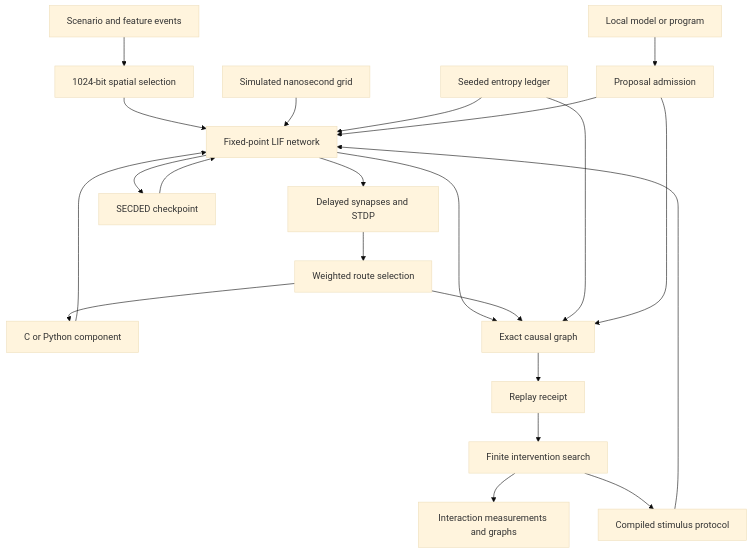
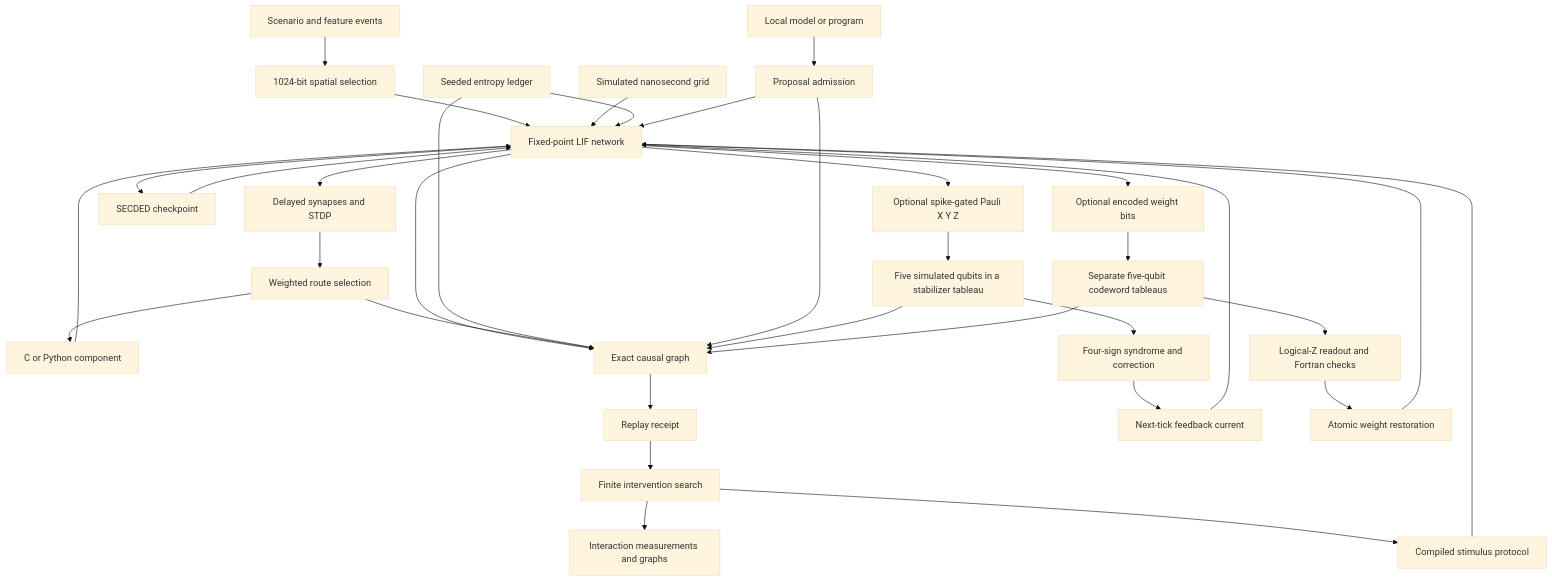
Before and after one commit to fireside25a-beep/Primitive-Quantum-Closed-Routine-SNN: the diagram in README.md, drawn with Mermaid (base theme). The commit also changed other lines of this file, not shown here.

````diff
--- a/README.md
+++ b/README.md
@@ -11,24 +13,36 @@
 ```mermaid
 flowchart TD
   A["Scenario and feature events"] --> B["1024-bit spatial selection"]
   B --> C["Fixed-point LIF network"]
   C --> D["Delayed synapses and STDP"]
   D --> E["Weighted route selection"]
   E --> J["C or Python component"]
   J --> C
   T["Simulated nanosecond grid"] --> C
   C --> F["Exact causal graph"]
   E --> F
   F --> G["Replay receipt"]
   H["Seeded entropy ledger"] --> C
   H --> F
   I["Local model or program"] --> K["Proposal admission"]
   K --> C
   K --> F
   L["SECDED checkpoint"] --> C
   C --> L
+  C --> P["Optional spike-gated Pauli X Y Z"]
+  P --> Q["Five simulated qubits in a stabilizer tableau"]
+  Q --> R["Four-sign syndrome and correction"]
+  R --> S["Next-tick feedback current"]
+  S --> C
+  C --> W["Optional encoded weight bits"]
+  W --> V["Separate five-qubit codeword tableaus"]
+  V --> X["Logical-Z readout and Fortran checks"]
+  X --> Y["Atomic weight restoration"]
+  Y --> C
+  Q --> F
+  V --> F
   G --> M["Finite intervention search"]
   M --> N["Interaction measurements and graphs"]
   M --> O["Compiled stimulus protocol"]
   O --> C
 ```
````
